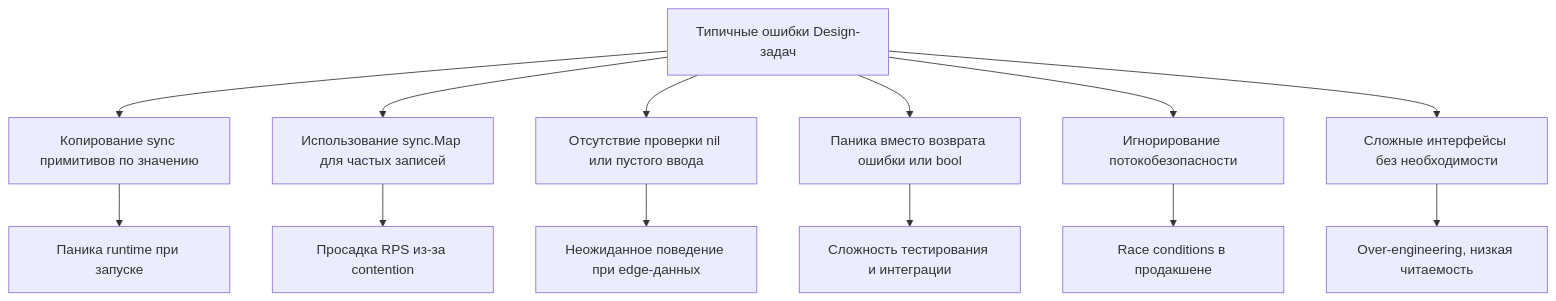
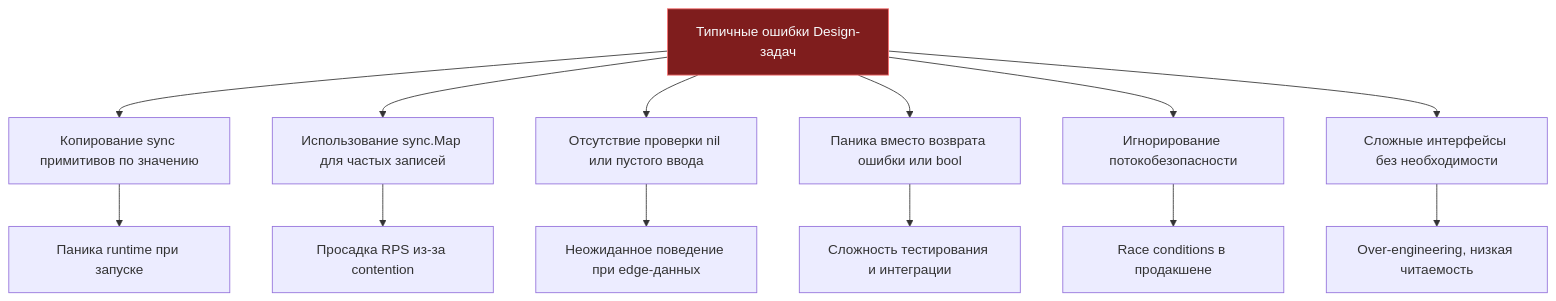
One commit to UnrealTemplier/go-textbook changed the second of 2 diagrams in sources/21. Задачи с LeetCode и собеседований на Go/02. Задачи/26. Design задачи и структуры данных/1. Теория. Design задачи.md. Above: the diagram before and after it, drawn with Mermaid. The commit also changed other lines of this file and 1666 other files, not shown here.

First line of the commit message:
feat(mermaid): add semantic color classDef to 1369 colorless flowchart/graph diagrams

````diff
--- a/sources/21. Задачи с LeetCode и собеседований на Go/02. Задачи/26. Design задачи и структуры данных/1. Теория. Design задачи.md
+++ b/sources/21. Задачи с LeetCode и собеседований на Go/02. Задачи/26. Design задачи и структуры данных/1. Теория. Design задачи.md
@@ -120,16 +130,26 @@
 ```mermaid
 flowchart TD
-  A["Типичные ошибки Design-задач"] --> B["Копирование sync примитивов по значению"]
+    classDef process  fill:#1e293b,stroke:#38bdf8,stroke-width:1px,color:#f8fafc
+    classDef success  fill:#064e3b,stroke:#34d399,stroke-width:1px,color:#f8fafc
+    classDef error    fill:#7f1d1d,stroke:#f87171,stroke-width:1px,color:#f8fafc
+    classDef warning  fill:#78350f,stroke:#fbbf24,stroke-width:1px,color:#f8fafc
+    classDef entry    fill:#1e3a5f,stroke:#38bdf8,stroke-width:2px,color:#f8fafc
+    classDef aux      fill:#334155,stroke:#64748b,stroke-width:1px,color:#f8fafc
+    classDef system   fill:#312e81,stroke:#a78bfa,stroke-width:1px,color:#f8fafc
+    classDef data     fill:#132d29,stroke:#2dd4bf,stroke-width:1px,color:#f8fafc
+    classDef network  fill:#881337,stroke:#fb7185,stroke-width:1px,color:#f8fafc
+    classDef accent   fill:#1e1b4b,stroke:#818cf8,stroke-width:1px,color:#f8fafc
+  A["Типичные ошибки Design-задач"]:::error --> B["Копирование sync примитивов по значению"]
   A --> C["Использование sync.Map для частых записей"]
   A --> D["Отсутствие проверки nil или пустого ввода"]
   A --> E["Паника вместо возврата ошибки или bool"]
   A --> F["Игнорирование потокобезопасности"]
   A --> G["Сложные интерфейсы без необходимости"]
   
   B --> H["Паника runtime при запуске"]
   C --> I["Просадка RPS из-за contention"]
   D --> J["Неожиданное поведение при edge-данных"]
   E --> K["Сложность тестирования и интеграции"]
   F --> L["Race conditions в продакшене"]
   G --> M["Over-engineering, низкая читаемость"]
 ```
````
